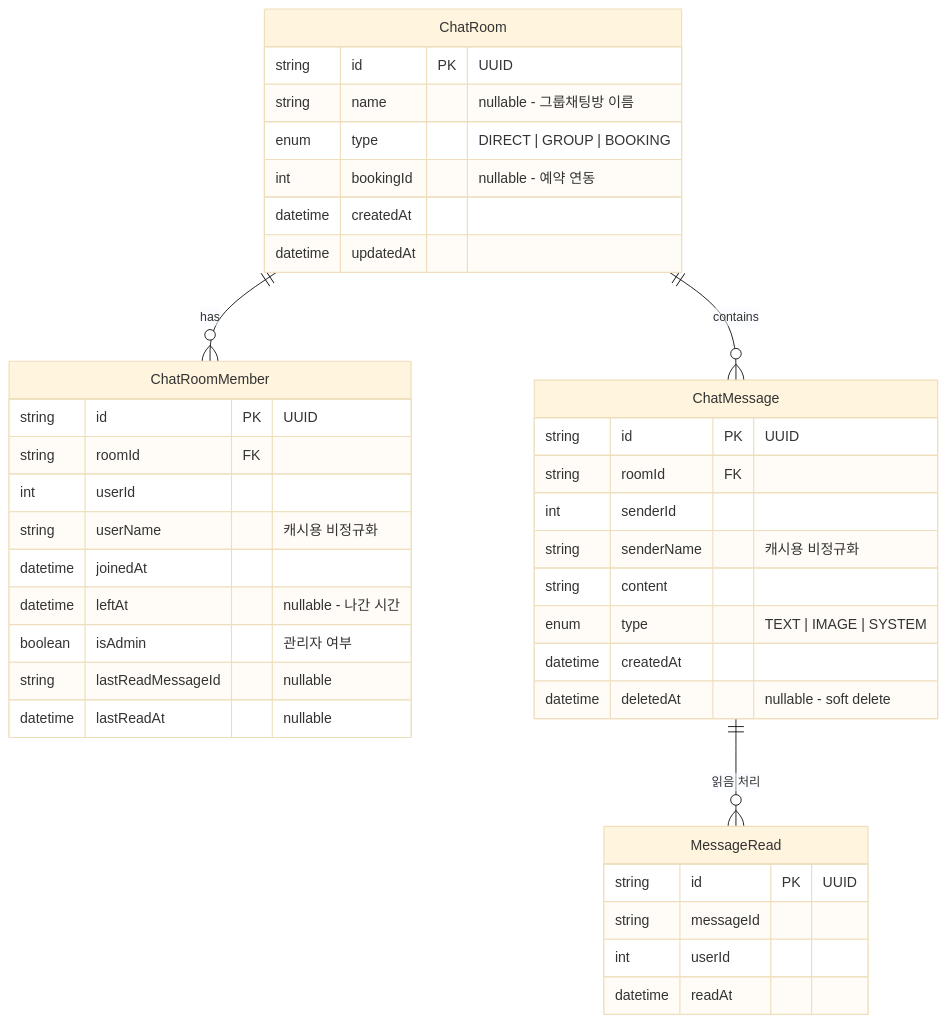
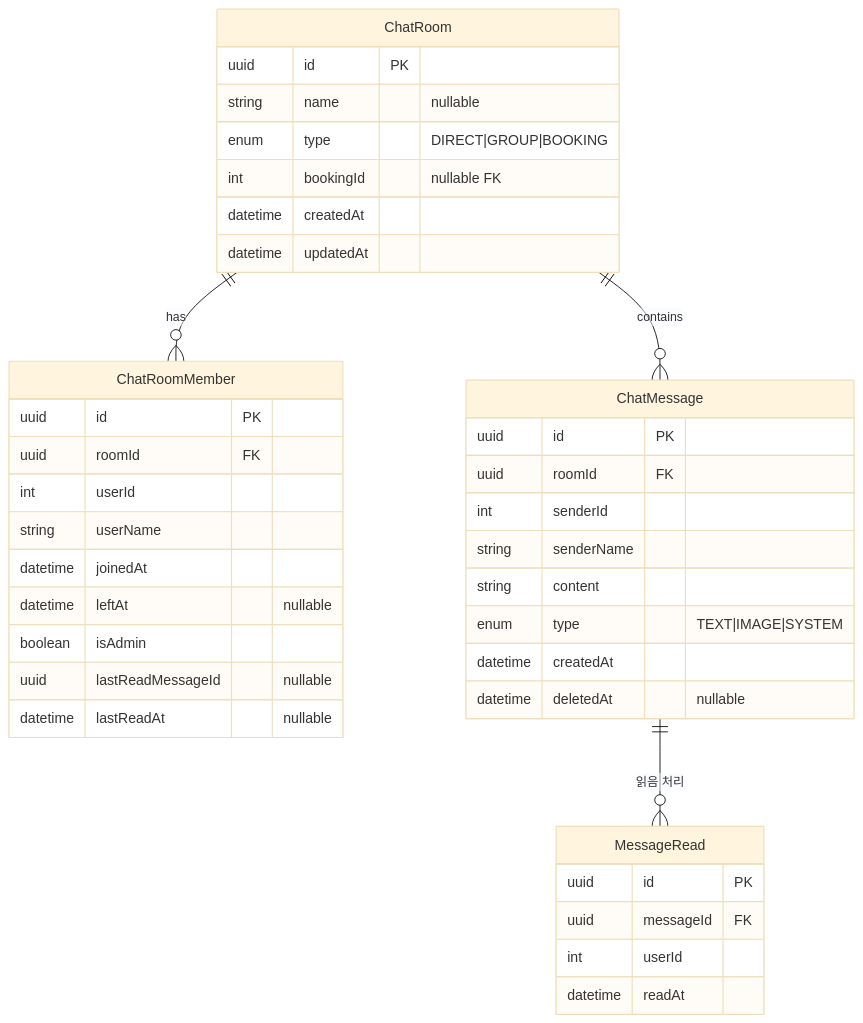
Before and after one commit to uniyous/parkgolf-platform: diagram 18 of 28 in docs/CHAT_WORKFLOW.md, drawn with Mermaid (base theme). The commit also changed other lines of this file and 2 other files, not shown here.

First line of the commit message:
refactor(user-app-ios): AppDelegate를 ParkGolfApp.swift에 통합 및 docs 업데이트

````diff
--- a/docs/CHAT_WORKFLOW.md
+++ b/docs/CHAT_WORKFLOW.md
@@ -423,46 +550,45 @@
 ```mermaid
 erDiagram
     ChatRoom ||--o{ ChatRoomMember : has
     ChatRoom ||--o{ ChatMessage : contains
+    ChatMessage ||--o{ MessageRead : "읽음 처리"
 
     ChatRoom {
-        string id PK "UUID"
-        string name "nullable - 그룹채팅방 이름"
-        enum type "DIRECT | GROUP | BOOKING"
-        int bookingId "nullable - 예약 연동"
+        uuid id PK
+        string name "nullable"
+        enum type "DIRECT|GROUP|BOOKING"
+        int bookingId "nullable FK"
         datetime createdAt
         datetime updatedAt
     }
 
     ChatRoomMember {
-        string id PK "UUID"
-        string roomId FK
+        uuid id PK
+        uuid roomId FK
         int userId
-        string userName "캐시용 비정규화"
+        string userName
         datetime joinedAt
-        datetime leftAt "nullable - 나간 시간"
-        boolean isAdmin "관리자 여부"
-        string lastReadMessageId "nullable"
+        datetime leftAt "nullable"
+        boolean isAdmin
+        uuid lastReadMessageId "nullable"
         datetime lastReadAt "nullable"
     }
 
     ChatMessage {
-        string id PK "UUID"
-        string roomId FK
+        uuid id PK
+        uuid roomId FK
         int senderId
-        string senderName "캐시용 비정규화"
+        string senderName
         string content
-        enum type "TEXT | IMAGE | SYSTEM"
+        enum type "TEXT|IMAGE|SYSTEM"
         datetime createdAt
-        datetime deletedAt "nullable - soft delete"
+        datetime deletedAt "nullable"
     }
 
     MessageRead {
-        string id PK "UUID"
-        string messageId
+        uuid id PK
+        uuid messageId FK
         int userId
         datetime readAt
     }
-
-    ChatMessage ||--o{ MessageRead : "읽음 처리"
 ```
````
